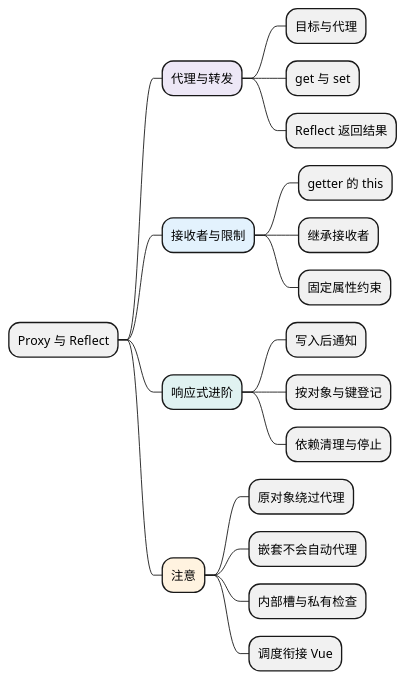
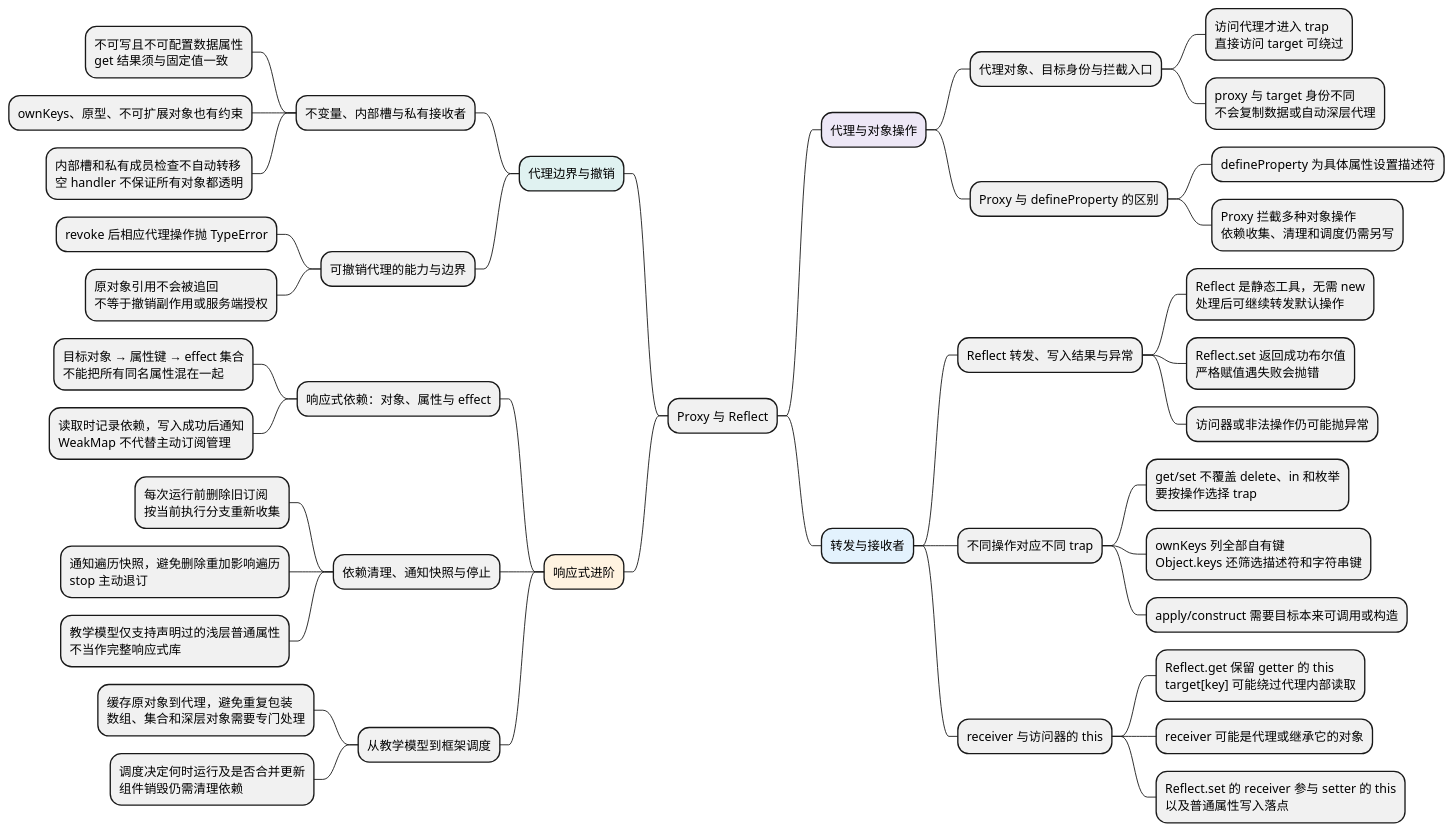
One commit to chenx18/JAVA changed the diagram in docs/AI前端全栈教材/01_JavaScript/03_对象机制/06_Proxy与Reflect.md. Above: the diagram before and after it, drawn with PlantUML. The commit also changed other lines of this file and 84 other files, not shown here.

````diff
--- a/docs/AI前端全栈教材/01_JavaScript/03_对象机制/06_Proxy与Reflect.md
+++ b/docs/AI前端全栈教材/01_JavaScript/03_对象机制/06_Proxy与Reflect.md
@@ -9,29 +9,52 @@
 ```plantuml
 @startmindmap
 skinparam defaultFontName Microsoft YaHei
 skinparam defaultFontSize 14
 skinparam dpi 100
 skinparam backgroundColor white
 skinparam shadowing false
 
 * Proxy 与 Reflect
-**[#EDE7F6] 代理与转发
-*** 目标与代理
-*** get 与 set
-*** Reflect 返回结果
-**[#E3F2FD] 接收者与限制
-*** getter 的 this
-*** 继承接收者
-*** 固定属性约束
-**[#E0F2F1] 响应式进阶
-*** 写入后通知
-*** 按对象与键登记
-*** 依赖清理与停止
-**[#FFF3E0] 注意
-*** 原对象绕过代理
-*** 嵌套不会自动代理
-*** 内部槽与私有检查
-*** 调度衔接 Vue
+**[#EDE7F6] 代理与对象操作
+*** 代理对象、目标身份与拦截入口
+**** 访问代理才进入 trap\n直接访问 target 可绕过
+**** proxy 与 target 身份不同\n不会复制数据或自动深层代理
+*** Proxy 与 defineProperty 的区别
+**** defineProperty 为具体属性设置描述符
+**** Proxy 拦截多种对象操作\n依赖收集、清理和调度仍需另写
+**[#E3F2FD] 转发与接收者
+*** Reflect 转发、写入结果与异常
+**** Reflect 是静态工具，无需 new\n处理后可继续转发默认操作
+**** Reflect.set 返回成功布尔值\n严格赋值遇失败会抛错
+**** 访问器或非法操作仍可能抛异常
+*** 不同操作对应不同 trap
+**** get/set 不覆盖 delete、in 和枚举\n要按操作选择 trap
+**** ownKeys 列全部自有键\nObject.keys 还筛选描述符和字符串键
+**** apply/construct 需要目标本来可调用或构造
+*** receiver 与访问器的 this
+**** Reflect.get 保留 getter 的 this\ntarget[key] 可能绕过代理内部读取
+**** receiver 可能是代理或继承它的对象
+**** Reflect.set 的 receiver 参与 setter 的 this\n以及普通属性写入落点
+left side
+**[#E0F2F1] 代理边界与撤销
+*** 不变量、内部槽与私有接收者
+**** 不可写且不可配置数据属性\nget 结果须与固定值一致
+**** ownKeys、原型、不可扩展对象也有约束
+**** 内部槽和私有成员检查不自动转移\n空 handler 不保证所有对象都透明
+*** 可撤销代理的能力与边界
+**** revoke 后相应代理操作抛 TypeError
+**** 原对象引用不会被追回\n不等于撤销副作用或服务端授权
+**[#FFF3E0] 响应式进阶
+*** 响应式依赖：对象、属性与 effect
+**** 目标对象 → 属性键 → effect 集合\n不能把所有同名属性混在一起
+**** 读取时记录依赖，写入成功后通知\nWeakMap 不代替主动订阅管理
+*** 依赖清理、通知快照与停止
+**** 每次运行前删除旧订阅\n按当前执行分支重新收集
+**** 通知遍历快照，避免删除重加影响遍历\nstop 主动退订
+**** 教学模型仅支持声明过的浅层普通属性\n不当作完整响应式库
+*** 从教学模型到框架调度
+**** 缓存原对象到代理，避免重复包装\n数组、集合和深层对象需要专门处理
+**** 调度决定何时运行及是否合并更新\n组件销毁仍需清理依赖
 
 @endmindmap
 ```
````
